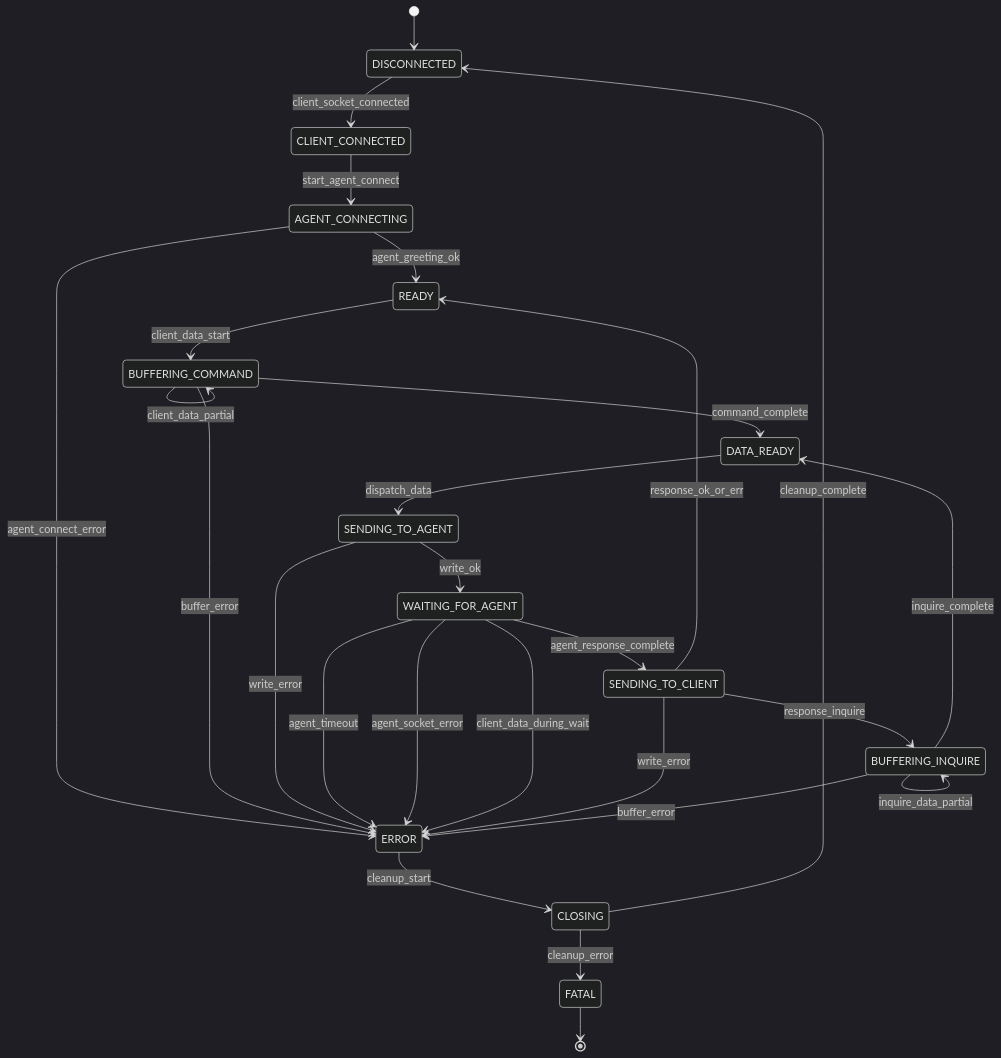
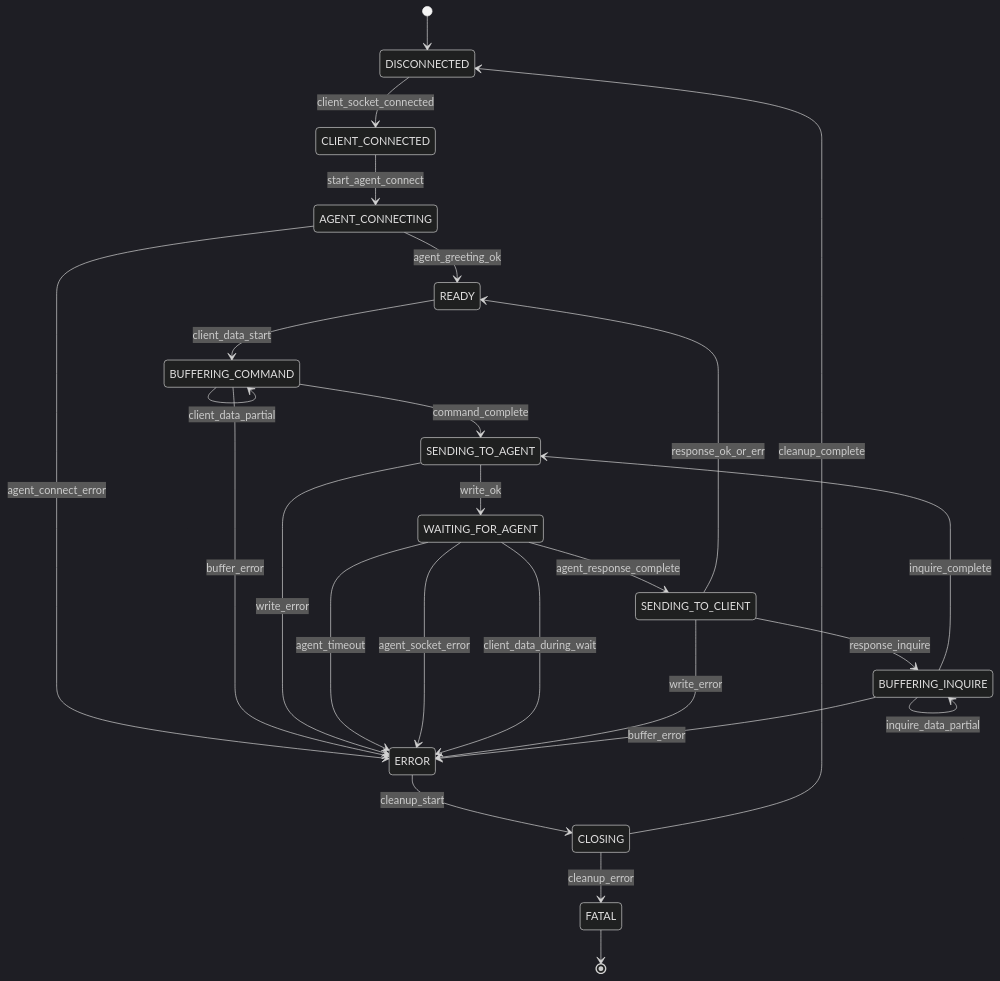
Before and after one commit to diablodale/gpg-bridge: the diagram in docs/request-state-machine-refactor.md, drawn with Mermaid (dark theme). The commit also changed other lines of this file and 3 other files, not shown here.

First line of the commit message:
refactor(request-proxy): remove DATA_READY state from state machine

````diff
--- a/docs/request-state-machine-refactor.md
+++ b/docs/request-state-machine-refactor.md
@@ -52,39 +51,37 @@
 ```mermaid
 stateDiagram-v2
     [*] --> DISCONNECTED
 
     DISCONNECTED --> CLIENT_CONNECTED: client_socket_connected
     CLIENT_CONNECTED --> AGENT_CONNECTING: start_agent_connect
     AGENT_CONNECTING --> READY: agent_greeting_ok
     AGENT_CONNECTING --> ERROR: agent_connect_error
 
     READY --> BUFFERING_COMMAND: client_data_start
 
     BUFFERING_COMMAND --> BUFFERING_COMMAND: client_data_partial
-    BUFFERING_COMMAND --> DATA_READY: command_complete
+    BUFFERING_COMMAND --> SENDING_TO_AGENT: command_complete
     BUFFERING_COMMAND --> ERROR: buffer_error
-
-    DATA_READY --> SENDING_TO_AGENT: dispatch_data
 
     SENDING_TO_AGENT --> WAITING_FOR_AGENT: write_ok
     SENDING_TO_AGENT --> ERROR: write_error
 
     WAITING_FOR_AGENT --> SENDING_TO_CLIENT: agent_response_complete
     WAITING_FOR_AGENT --> ERROR: agent_timeout
     WAITING_FOR_AGENT --> ERROR: agent_socket_error
     WAITING_FOR_AGENT --> ERROR: client_data_during_wait
 
     SENDING_TO_CLIENT --> READY: response_ok_or_err
     SENDING_TO_CLIENT --> BUFFERING_INQUIRE: response_inquire
     SENDING_TO_CLIENT --> ERROR: write_error
 
     BUFFERING_INQUIRE --> BUFFERING_INQUIRE: inquire_data_start
     BUFFERING_INQUIRE --> BUFFERING_INQUIRE: inquire_data_partial
-    BUFFERING_INQUIRE --> DATA_READY: inquire_complete
+    BUFFERING_INQUIRE --> SENDING_TO_AGENT: inquire_complete
     BUFFERING_INQUIRE --> ERROR: buffer_error
 
     ERROR --> CLOSING: cleanup_start
     CLOSING --> DISCONNECTED: cleanup_complete
     CLOSING --> FATAL: cleanup_error
     FATAL --> [*]
 ```
````
